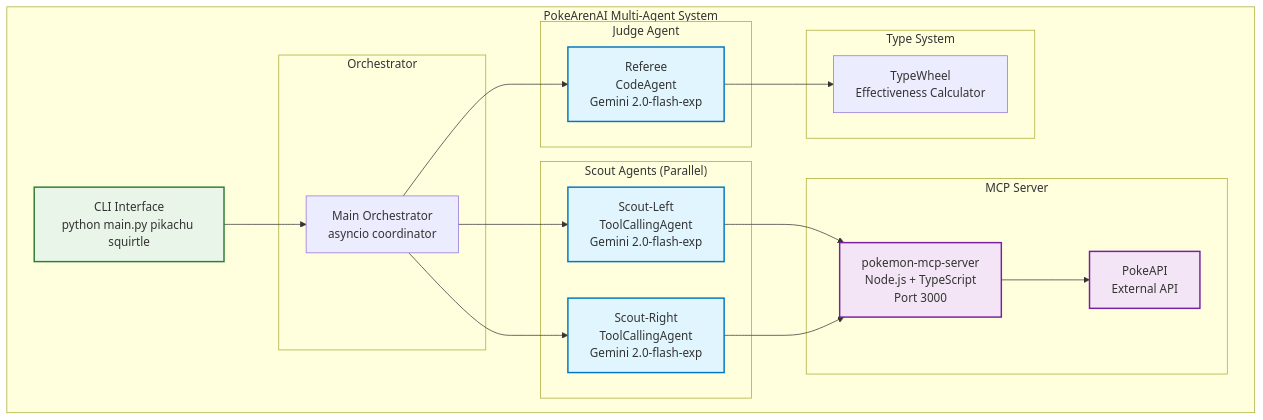
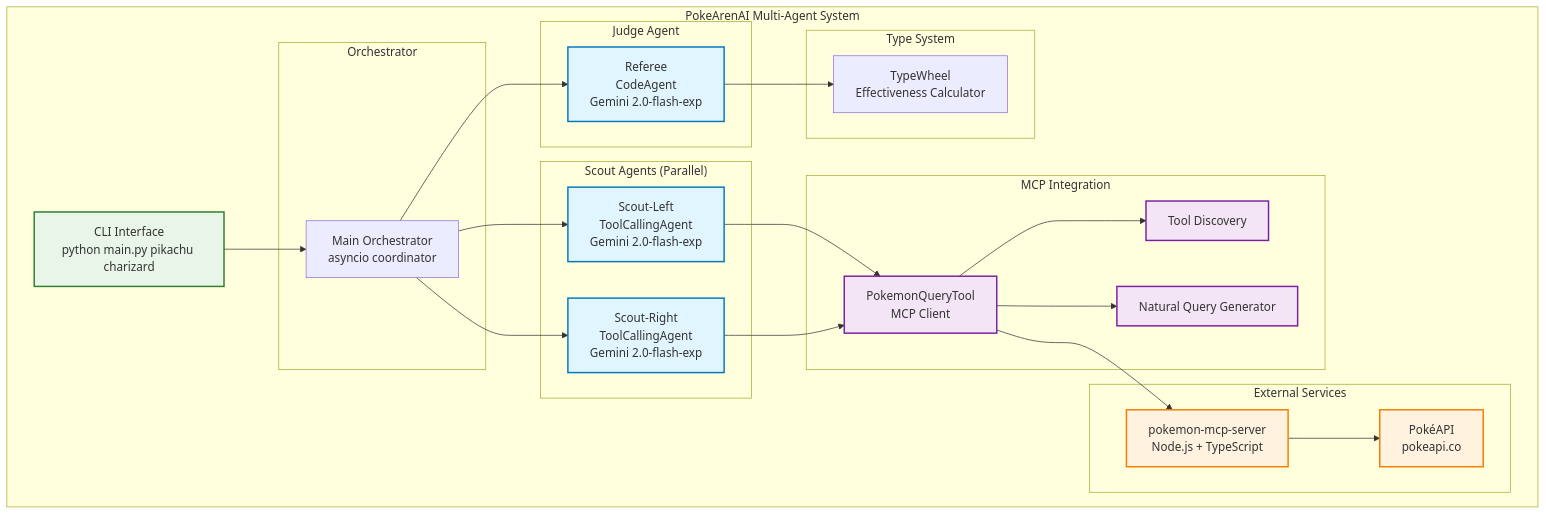
The first of 2 diagrams in README.md (igorneos/multiagent-battle-pokemon), drawn with Mermaid before and after one commit. The commit also changed other lines of this file and 4 other files, not shown here.

Commit message:
Refactor PokemonQueryTool to connect dynamically to MCP server, enhancing tool discovery and natural language querying. Updated prompts and error handling for improved user experience. Revised requirements for better dependency management.

````diff
--- a/README.md
+++ b/README.md
@@ -9,45 +24,56 @@
 ```mermaid
 graph TB
     subgraph "PokeArenAI Multi-Agent System"
-        CLI[CLI Interface<br/>python main.py pikachu squirtle]
+        CLI[CLI Interface<br/>python main.py pikachu charizard]
         
         subgraph "Orchestrator"
             ORCH[Main Orchestrator<br/>asyncio coordinator]
         end
         
         subgraph "Scout Agents (Parallel)"
             SL[Scout-Left<br/>ToolCallingAgent<br/>Gemini 2.0-flash-exp]
             SR[Scout-Right<br/>ToolCallingAgent<br/>Gemini 2.0-flash-exp]
         end
         
+        subgraph "MCP Integration"
+            TOOL[PokemonQueryTool<br/>MCP Client]
+            DISC[Tool Discovery]
+            QUERY[Natural Query Generator]
+        end
+        
         subgraph "Judge Agent"
             REF[Referee<br/>CodeAgent<br/>Gemini 2.0-flash-exp]
         end
         
-        subgraph "MCP Server"
-            MCP[pokemon-mcp-server<br/>Node.js + TypeScript<br/>Port 3000]
-            PAPI[PokeAPI<br/>External API]
+        subgraph "External Services"
+            MCP[pokemon-mcp-server<br/>Node.js + TypeScript]
+            PAPI[PokéAPI<br/>pokeapi.co]
         end
         
         subgraph "Type System"
             TW[TypeWheel<br/>Effectiveness Calculator]
         end
     end
     
     CLI --> ORCH
     ORCH --> SL
     ORCH --> SR
-    SL --> MCP
-    SR --> MCP
+    SL --> TOOL
+    SR --> TOOL
+    TOOL --> DISC
+    TOOL --> QUERY
+    TOOL --> MCP
     MCP --> PAPI
     ORCH --> REF
     REF --> TW
     
     classDef agent fill:#e1f5fe,stroke:#0277bd,stroke-width:2px
-    classDef server fill:#f3e5f5,stroke:#7b1fa2,stroke-width:2px
+    classDef mcp fill:#f3e5f5,stroke:#7b1fa2,stroke-width:2px
+    classDef external fill:#fff3e0,stroke:#f57c00,stroke-width:2px
     classDef output fill:#e8f5e8,stroke:#2e7d32,stroke-width:2px
     
     class SL,SR,REF agent
-    class MCP,PAPI server
+    class TOOL,DISC,QUERY mcp
+    class MCP,PAPI external
     class CLI output
 ```
````
